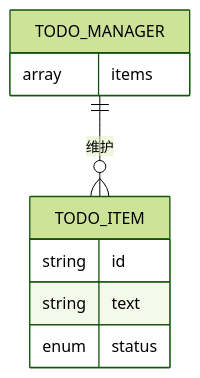
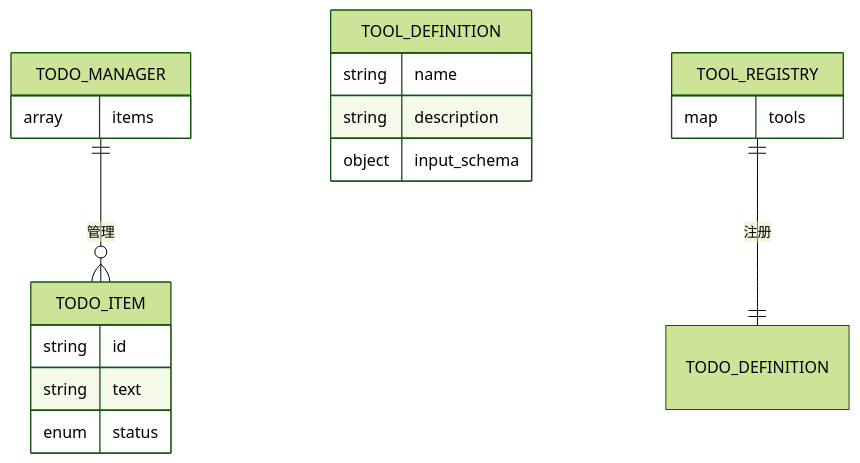
The fourth of 4 diagrams in .qoder/repowiki/zh/content/核心功能详解/任务规划管理.md (eurekaYYzero/Mini-Claude-Code), drawn with Mermaid (forest theme) before and after one commit. The commit also changed other lines of this file and 27 other files, not shown here.

````diff
--- a/.qoder/repowiki/zh/content/核心功能详解/任务规划管理.md
+++ b/.qoder/repowiki/zh/content/核心功能详解/任务规划管理.md
@@ -262,12 +272,21 @@
 ```mermaid
 erDiagram
 TODO_ITEM {
 string id
 string text
 enum status
 }
 TODO_MANAGER {
 array items
 }
-TODO_MANAGER ||--o{ TODO_ITEM : "维护"
+TOOL_DEFINITION {
+string name
+string description
+object input_schema
+}
+TOOL_REGISTRY {
+map tools
+}
+TODO_MANAGER ||--o{ TODO_ITEM : "管理"
+TOOL_REGISTRY ||--|| TODO_DEFINITION : "注册"
 ```
````
